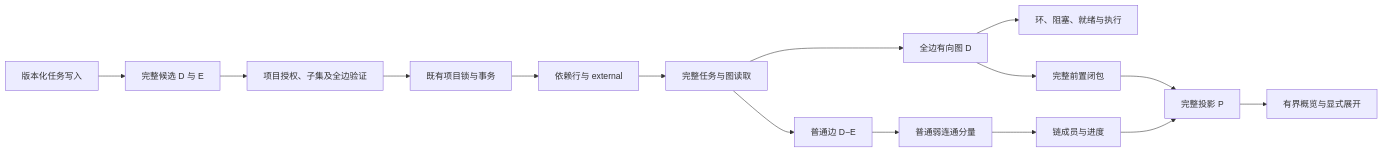
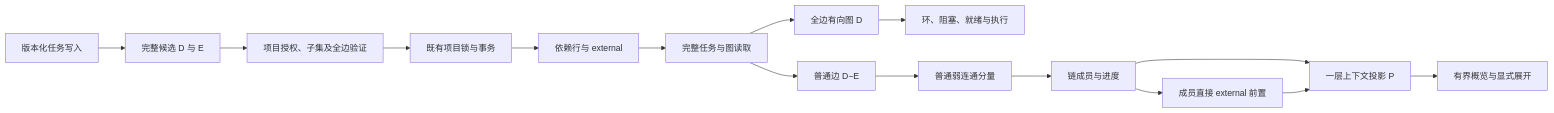
The diagram in docs/design/daynight-external-dependencies.md (codetreker/daynight), drawn with Mermaid before and after one commit. The commit also changed other lines of this file and 32 other files, not shown here.

````diff
--- a/docs/design/daynight-external-dependencies.md
+++ b/docs/design/daynight-external-dependencies.md
@@ -32,17 +32,17 @@
 ```mermaid
 flowchart LR
   Write[版本化任务写入] --> Candidate[完整候选 D 与 E]
   Candidate --> Validate[项目授权、子集及全边验证]
   Validate --> Tx[既有项目锁与事务]
   Tx --> Rows[依赖行与 external]
   Rows --> Read[完整任务与图读取]
   Read --> All[全边有向图 D]
   Read --> Normal[普通边 D−E]
   All --> Execution[环、阻塞、就绪与执行]
   Normal --> Components[普通弱连通分量]
   Components --> Main[链成员与进度]
-  All --> Ancestors[完整前置闭包]
-  Main --> Projection[完整投影 P]
-  Ancestors --> Projection
+  Main --> Context[成员直接 external 前置]
+  Main --> Projection[一层上下文投影 P]
+  Context --> Projection
   Projection --> Canvas[有界概览与显式展开]
 ```
````
